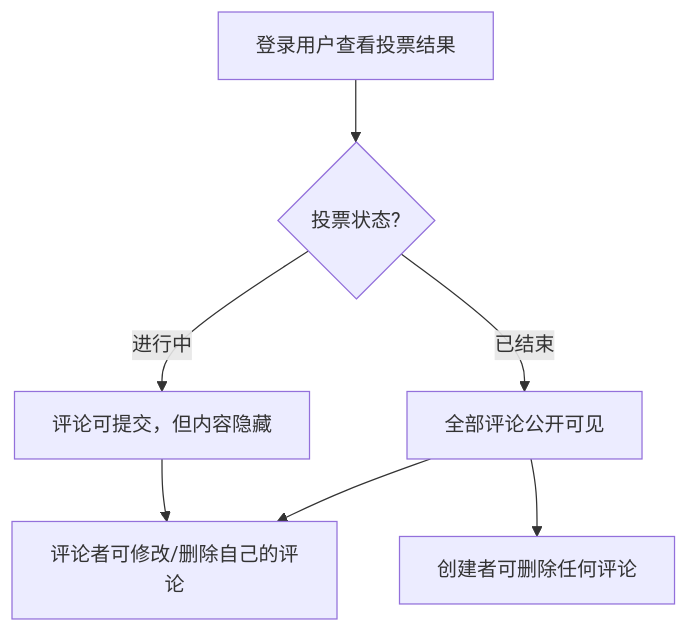
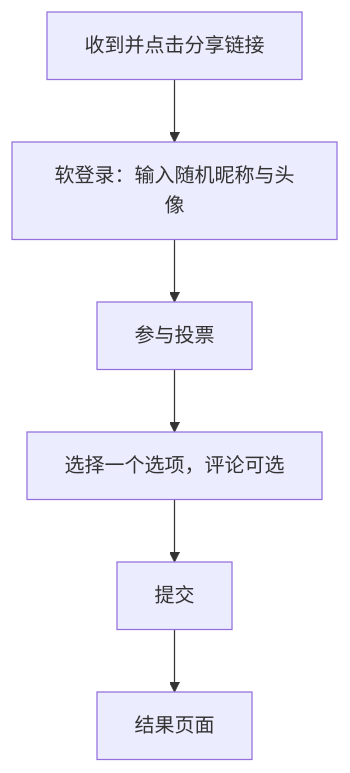
One commit to sd5913/The-Aliien-Repo changed the third of 7 diagrams in docs/PRD.md. Above: the diagram before and after it, drawn with Mermaid. The commit also changed other lines of this file and 2 other files, not shown here.

Commit message:
feat: update User Flow documentation to include soft login process and add English version

````diff
--- a/docs/PRD.md
+++ b/docs/PRD.md
@@ -256,9 +219,8 @@
 ```mermaid
 flowchart TD
-    A[登录用户查看投票结果] --> B{投票状态?}
-    B -- 进行中 --> C[评论可提交，但内容隐藏]
-    B -- 已结束 --> D[全部评论公开可见]
-    C --> E[评论者可修改/删除自己的评论]
-    D --> E
-    D --> F[创建者可删除任何评论]
+    A[收到并点击分享链接] --> B[软登录：输入随机昵称与头像]
+    B --> C[参与投票]
+    C --> D[选择一个选项，评论可选]
+    D --> E[提交]
+    E --> F[结果页面]
 ```
````
